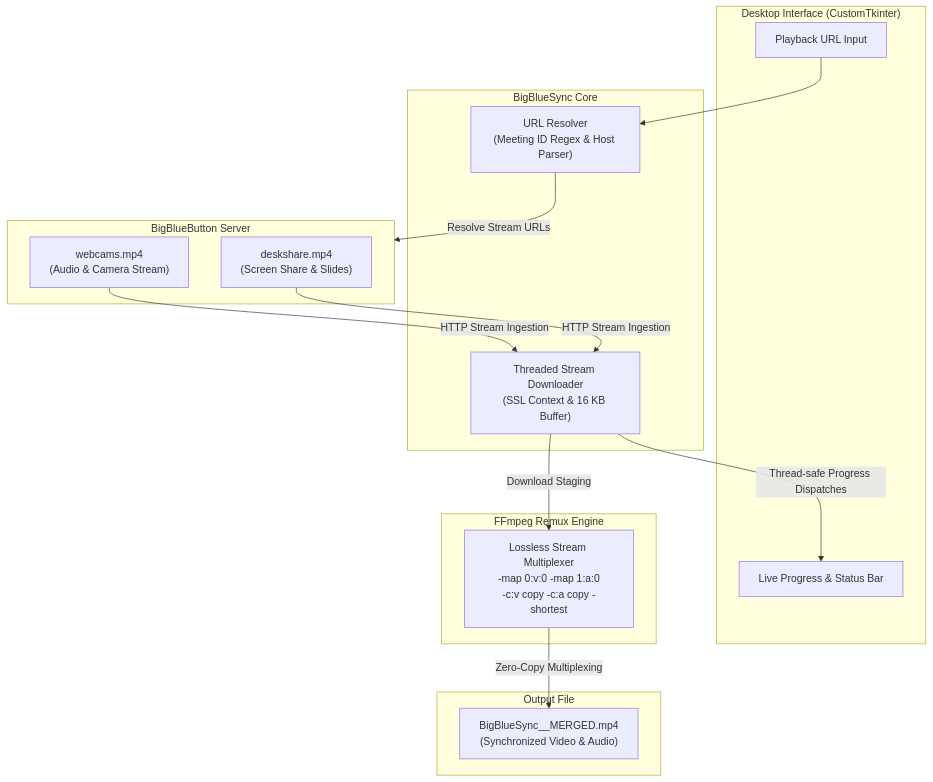
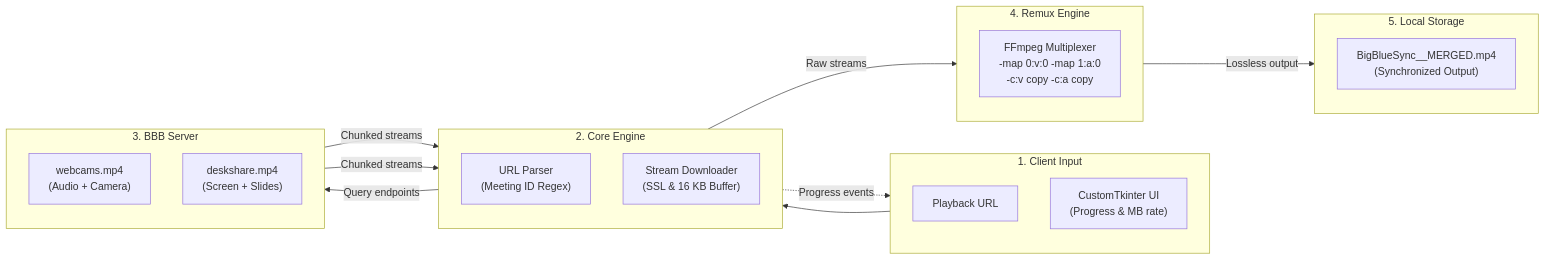
The diagram in README.md (Azhonaras/BigBlueSync), drawn with Mermaid before and after one commit.

Commit message:
style: convert architecture diagram to landscape flowchart LR

````diff
--- a/README.md
+++ b/README.md
@@ -44,32 +44,37 @@
 ```mermaid
-flowchart TD
-    subgraph Client["Desktop Interface (CustomTkinter)"]
-        A["Playback URL Input"]
-        P["Live Progress & Status Bar"]
+flowchart LR
+    subgraph S1["1. Client Input"]
+        direction TB
+        A["Playback URL"]
+        UI["CustomTkinter UI\n(Progress & MB rate)"]
     end
 
-    subgraph Engine["BigBlueSync Core"]
-        B["URL Resolver\n(Meeting ID Regex & Host Parser)"]
-        C["Threaded Stream Downloader\n(SSL Context & 16 KB Buffer)"]
+    subgraph S2["2. Core Engine"]
+        direction TB
+        B["URL Parser\n(Meeting ID Regex)"]
+        C["Stream Downloader\n(SSL & 16 KB Buffer)"]
     end
 
-    subgraph Server["BigBlueButton Server"]
-        D["webcams.mp4\n(Audio & Camera Stream)"]
-        E["deskshare.mp4\n(Screen Share & Slides)"]
+    subgraph S3["3. BBB Server"]
+        direction TB
+        D["webcams.mp4\n(Audio + Camera)"]
+        E["deskshare.mp4\n(Screen + Slides)"]
     end
 
-    subgraph Multiplexer["FFmpeg Remux Engine"]
-        F["Lossless Stream Multiplexer\n-map 0:v:0 -map 1:a:0\n-c:v copy -c:a copy -shortest"]
+    subgraph S4["4. Remux Engine"]
+        direction TB
+        F["FFmpeg Multiplexer\n-map 0:v:0 -map 1:a:0\n-c:v copy -c:a copy"]
     end
 
-    subgraph Storage["Output File"]
-        G["BigBlueSync_<id>_MERGED.mp4\n(Synchronized Video & Audio)"]
+    subgraph S5["5. Local Storage"]
+        direction TB
+        G["BigBlueSync_<id>_MERGED.mp4\n(Synchronized Output)"]
     end
 
     A --> B
-    B -->|Resolve Stream URLs| Server
-    D & E -->|HTTP Stream Ingestion| C
-    C -->|Thread-safe Progress Dispatches| P
-    C -->|Download Staging| F
-    F -->|Zero-Copy Multiplexing| G
+    B -->|Query endpoints| S3
+    D & E -->|Chunked streams| C
+    C -.->|Progress events| UI
+    C -->|Raw streams| F
+    F -->|Lossless output| G
 ```
````
